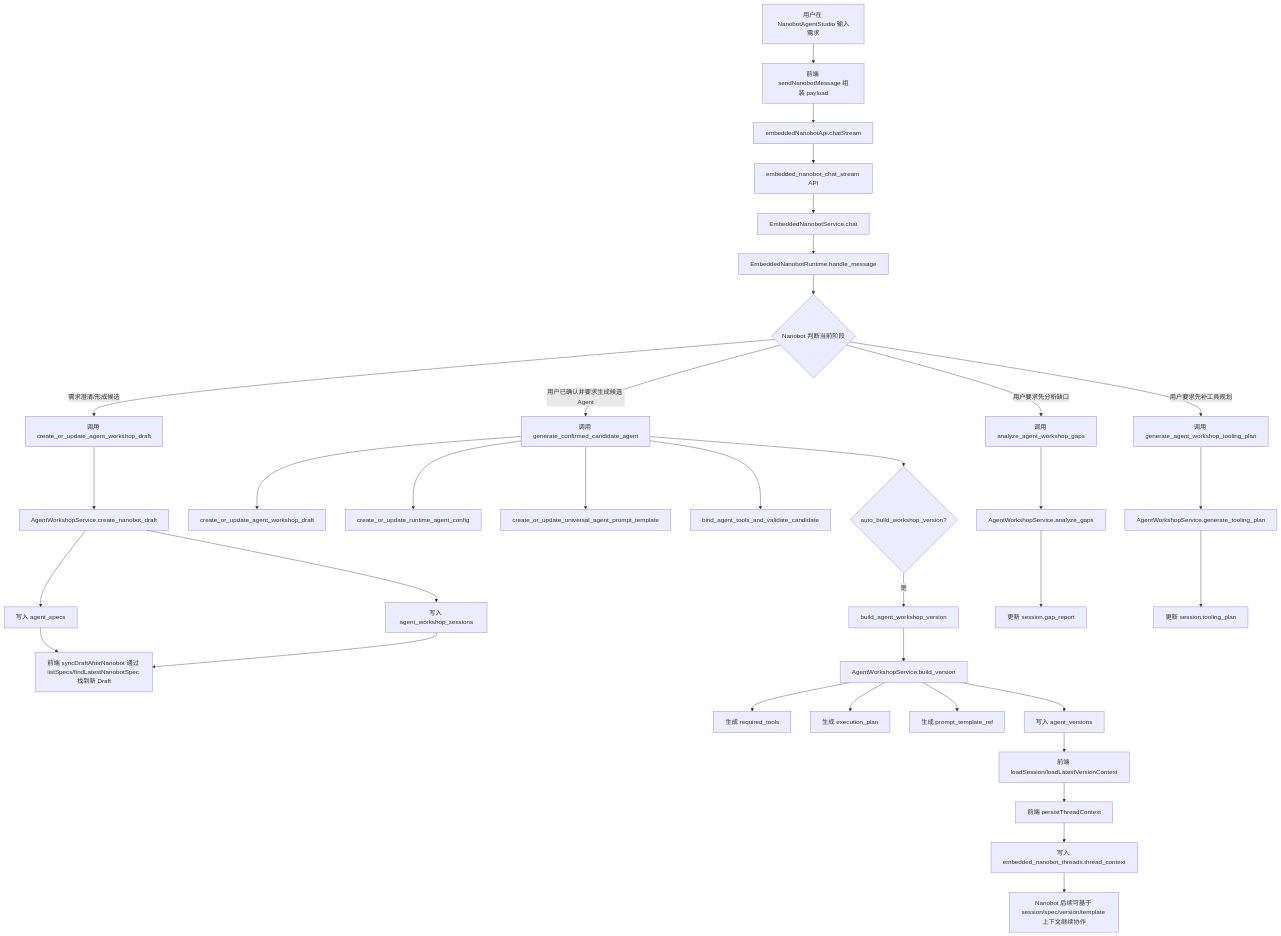
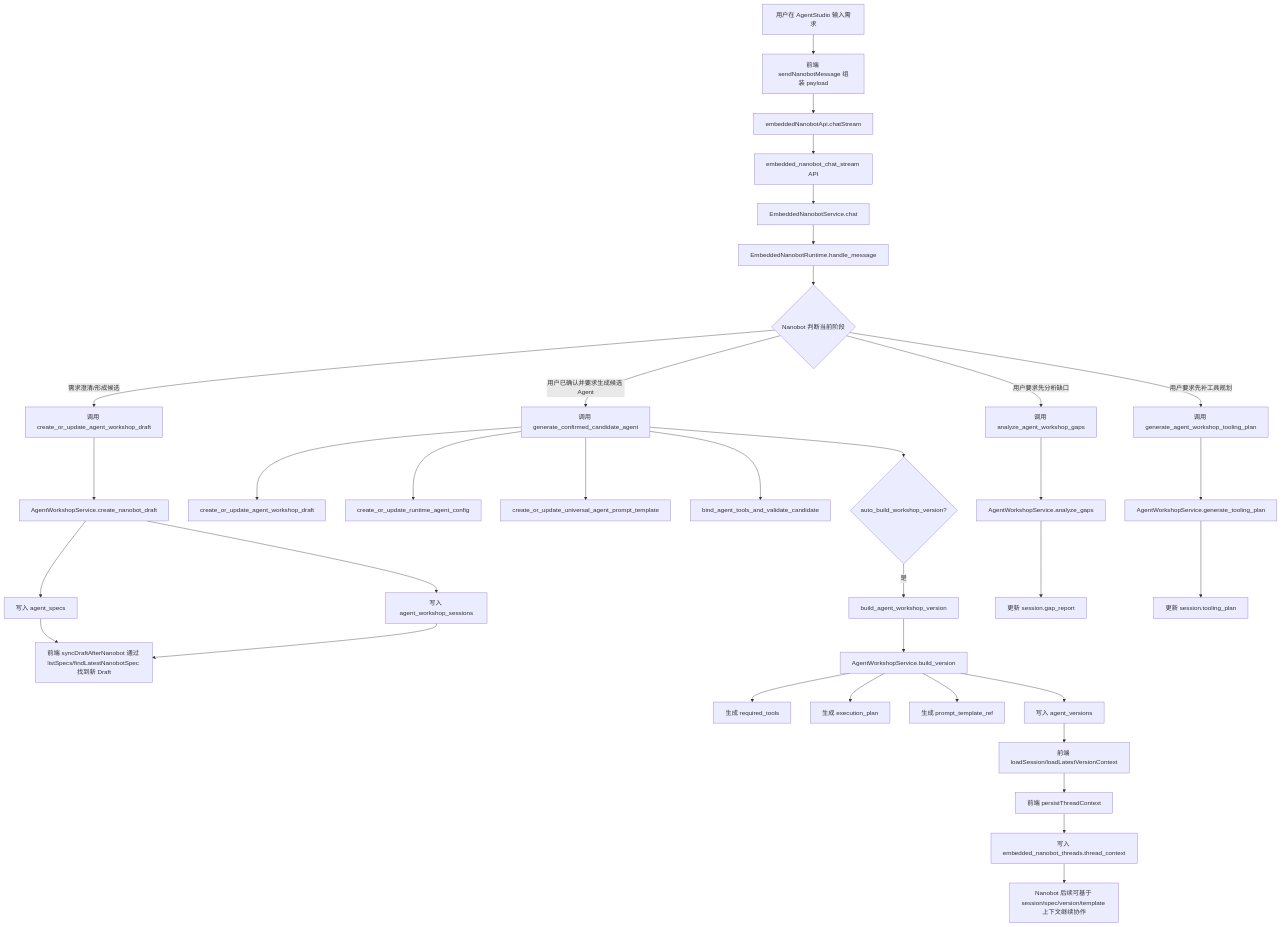
The first of 4 diagrams in docs/architecture/AGENT_WORKSHOP_END_TO_END_DESIGN.md (hsliuping/TradingAgents-CN), drawn with Mermaid before and after one commit. The commit also changed other lines of this file and 8 other files, not shown here.

````diff
--- a/docs/architecture/AGENT_WORKSHOP_END_TO_END_DESIGN.md
+++ b/docs/architecture/AGENT_WORKSHOP_END_TO_END_DESIGN.md
@@ -198,42 +198,42 @@
 ```mermaid
 flowchart TD
-  A[用户在 NanobotAgentStudio 输入需求] --> B[前端 sendNanobotMessage 组装 payload]
+  A[用户在 AgentStudio 输入需求] --> B[前端 sendNanobotMessage 组装 payload]
   B --> C[embeddedNanobotApi.chatStream]
   C --> D[embedded_nanobot_chat_stream API]
   D --> E[EmbeddedNanobotService.chat]
   E --> F[EmbeddedNanobotRuntime.handle_message]
   F --> G{Nanobot 判断当前阶段}
 
   G -->|需求澄清/形成候选| H[调用 create_or_update_agent_workshop_draft]
   H --> I[AgentWorkshopService.create_nanobot_draft]
   I --> J[写入 agent_specs]
   I --> K[写入 agent_workshop_sessions]
   J --> L[前端 syncDraftAfterNanobot 通过 listSpecs/findLatestNanobotSpec 找到新 Draft]
   K --> L
 
   G -->|用户已确认并要求生成候选 Agent| M[调用 generate_confirmed_candidate_agent]
   M --> N[create_or_update_agent_workshop_draft]
   M --> O[create_or_update_runtime_agent_config]
   M --> P[create_or_update_universal_agent_prompt_template]
   M --> Q[bind_agent_tools_and_validate_candidate]
   M --> R{auto_build_workshop_version?}
   R -->|是| S[build_agent_workshop_version]
   S --> T[AgentWorkshopService.build_version]
   T --> U[生成 required_tools]
   T --> V[生成 execution_plan]
   T --> W[生成 prompt_template_ref]
   T --> X[写入 agent_versions]
   X --> Y[前端 loadSession/loadLatestVersionContext]
 
   G -->|用户要求先分析缺口| AA[调用 analyze_agent_workshop_gaps]
   AA --> AB[AgentWorkshopService.analyze_gaps]
   AB --> AC[更新 session.gap_report]
 
   G -->|用户要求先补工具规划| AD[调用 generate_agent_workshop_tooling_plan]
   AD --> AE[AgentWorkshopService.generate_tooling_plan]
   AE --> AF[更新 session.tooling_plan]
 
   Y --> AG[前端 persistThreadContext]
   AG --> AH[写入 embedded_nanobot_threads.thread_context]
   AH --> AI[Nanobot 后续可基于 session/spec/version/template 上下文继续协作]
 ```
````
